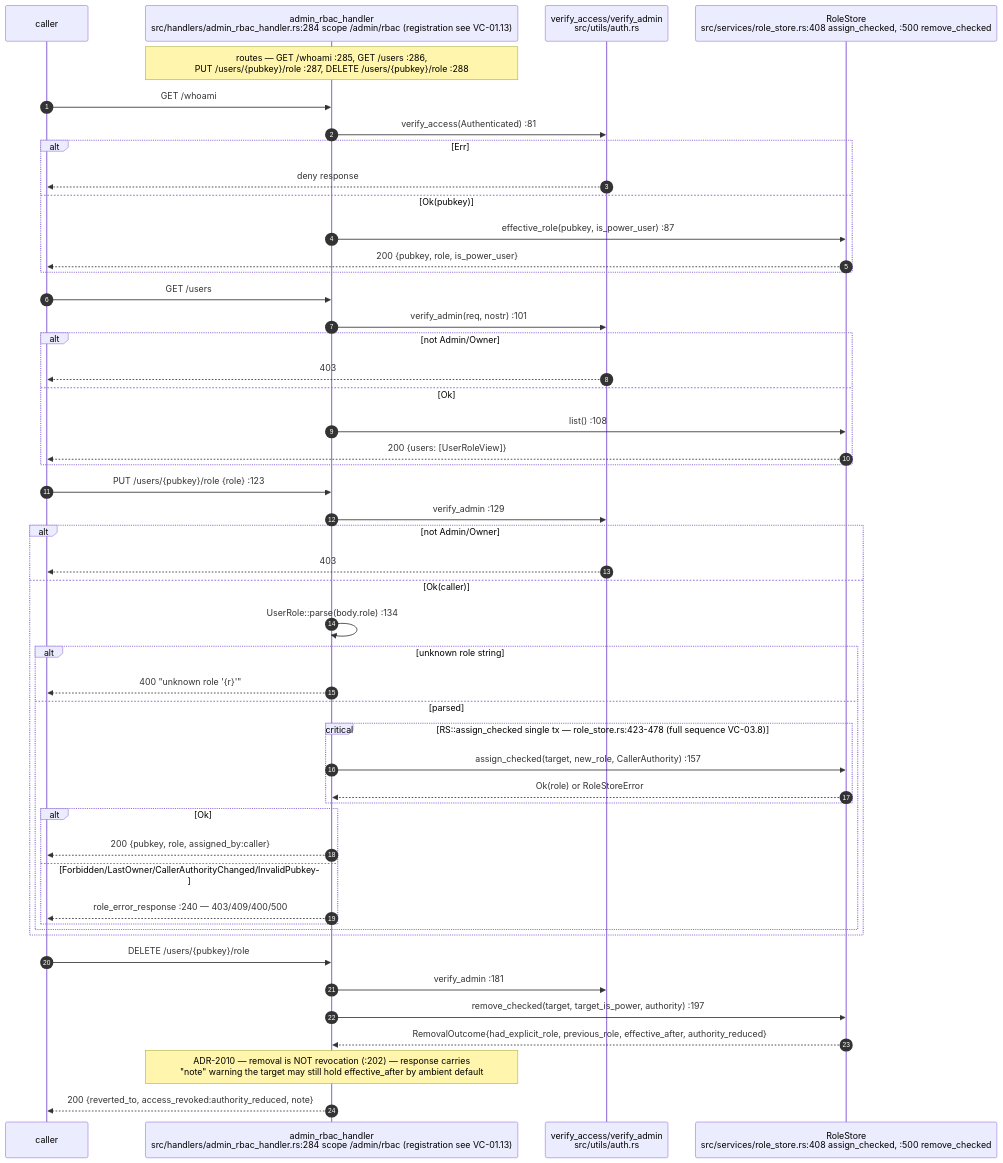
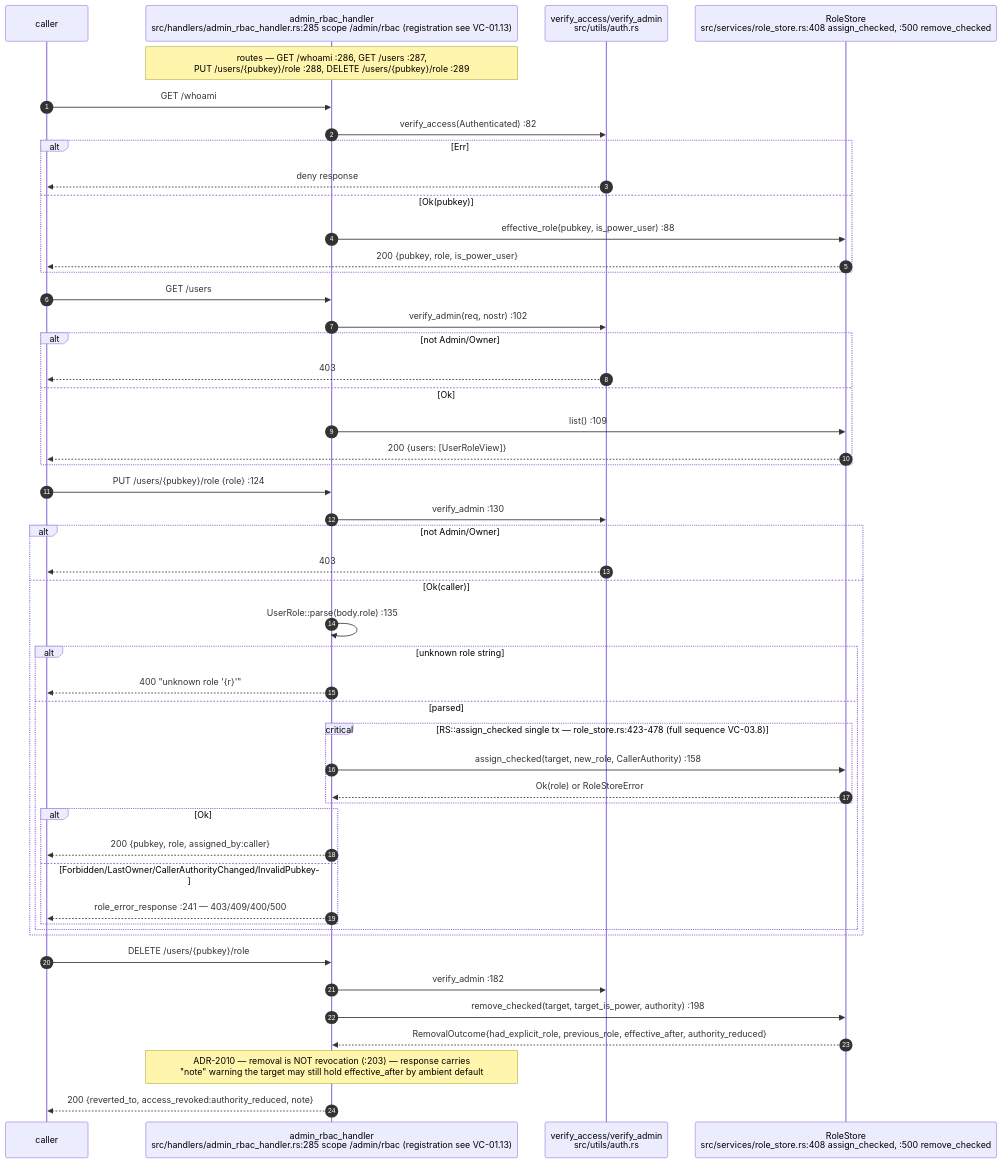
The first of 15 diagrams in docs/diagrams/visionclaw/05-handlers-governance-and-identity.md (DreamLab-AI/VisionFlow), drawn with Mermaid before and after one commit. The commit also changed other lines of this file and 8 other files, not shown here.

Commit message:
docs(diagrams): multi-MCP discovery is real; re-stamp visionclaw 01/03/05/09/27 and estate/02

````diff
--- a/docs/diagrams/visionclaw/05-handlers-governance-and-identity.md
+++ b/docs/diagrams/visionclaw/05-handlers-governance-and-identity.md
@@ -59,52 +61,52 @@
 ```mermaid
 sequenceDiagram
     autonumber
     participant C as caller
-    participant H as admin_rbac_handler<br/>src/handlers/admin_rbac_handler.rs:284 scope /admin/rbac (registration see VC-01.13)
+    participant H as admin_rbac_handler<br/>src/handlers/admin_rbac_handler.rs:285 scope /admin/rbac (registration see VC-01.13)
     participant VA as verify_access/verify_admin<br/>src/utils/auth.rs
     participant RS as RoleStore<br/>src/services/role_store.rs:408 assign_checked, :500 remove_checked
 
-    Note over H: routes — GET /whoami :285, GET /users :286,<br/>PUT /users/{pubkey}/role :287, DELETE /users/{pubkey}/role :288
+    Note over H: routes — GET /whoami :286, GET /users :287,<br/>PUT /users/{pubkey}/role :288, DELETE /users/{pubkey}/role :289
     C->>H: GET /whoami
-    H->>VA: verify_access(Authenticated) :81
+    H->>VA: verify_access(Authenticated) :82
     alt Err
         VA-->>C: deny response
     else Ok(pubkey)
-        H->>RS: effective_role(pubkey, is_power_user) :87
+        H->>RS: effective_role(pubkey, is_power_user) :88
         RS-->>C: 200 {pubkey, role, is_power_user}
     end
     C->>H: GET /users
-    H->>VA: verify_admin(req, nostr) :101
+    H->>VA: verify_admin(req, nostr) :102
     alt not Admin/Owner
         VA-->>C: 403
     else Ok
-        H->>RS: list() :108
+        H->>RS: list() :109
         RS-->>C: 200 {users: [UserRoleView]}
     end
-    C->>H: PUT /users/{pubkey}/role {role} :123
-    H->>VA: verify_admin :129
+    C->>H: PUT /users/{pubkey}/role {role} :124
+    H->>VA: verify_admin :130
     alt not Admin/Owner
         VA-->>C: 403
     else Ok(caller)
-        H->>H: UserRole::parse(body.role) :134
+        H->>H: UserRole::parse(body.role) :135
         alt unknown role string
             H-->>C: 400 "unknown role '{r}'"
         else parsed
             critical RS::assign_checked single tx — role_store.rs:423-478 (full sequence VC-03.8)
-                H->>RS: assign_checked(target, new_role, CallerAuthority) :157
+                H->>RS: assign_checked(target, new_role, CallerAuthority) :158
                 RS-->>H: Ok(role) or RoleStoreError
             end
             alt Ok
                 H-->>C: 200 {pubkey, role, assigned_by:caller}
             else Forbidden/LastOwner/CallerAuthorityChanged/InvalidPubkey
-                H-->>C: role_error_response :240 — 403/409/400/500
+                H-->>C: role_error_response :241 — 403/409/400/500
             end
         end
     end
     C->>H: DELETE /users/{pubkey}/role
-    H->>VA: verify_admin :181
-    H->>RS: remove_checked(target, target_is_power, authority) :197
+    H->>VA: verify_admin :182
+    H->>RS: remove_checked(target, target_is_power, authority) :198
     RS-->>H: RemovalOutcome{had_explicit_role, previous_role, effective_after, authority_reduced}
-    Note over H: ADR-2010 — removal is NOT revocation (:202) — response carries<br/>"note" warning the target may still hold effective_after by ambient default
+    Note over H: ADR-2010 — removal is NOT revocation (:203) — response carries<br/>"note" warning the target may still hold effective_after by ambient default
     H-->>C: 200 {reverted_to, access_revoked:authority_reduced, note}
 ```
````
